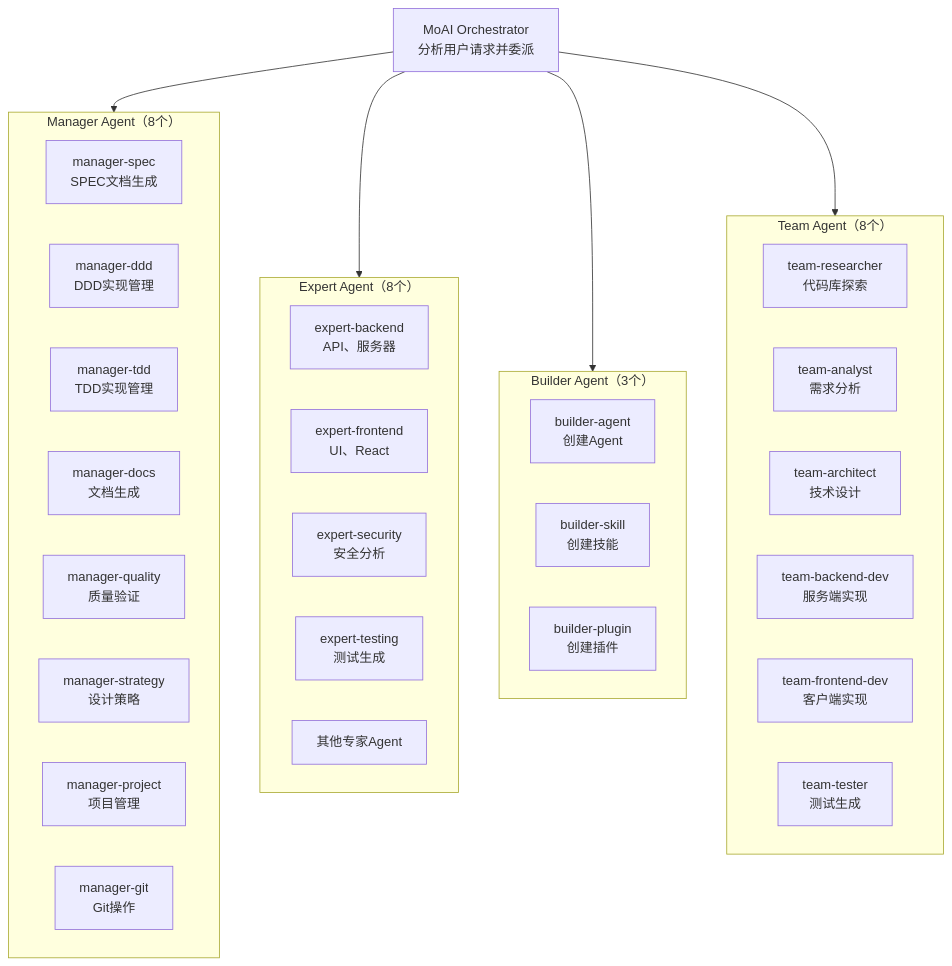
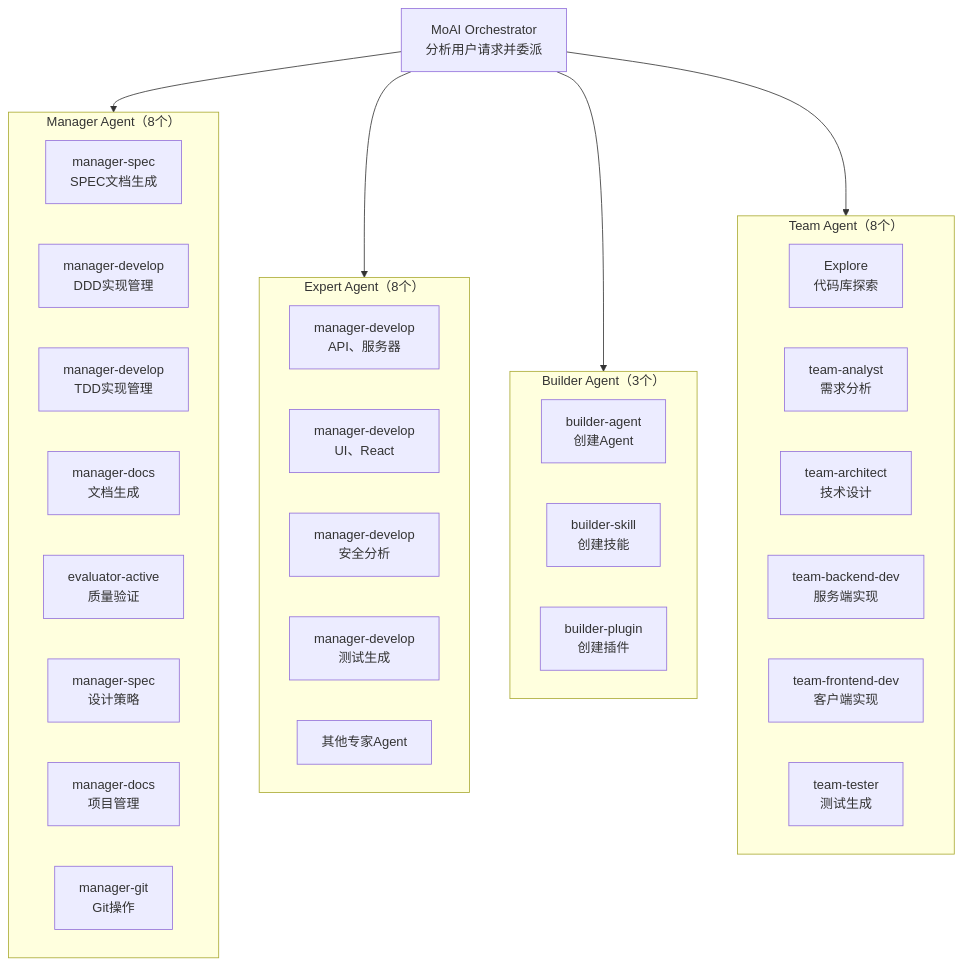
One commit to modu-ai/moai-adk changed the third of 6 diagrams in docs-site/content/zh/core-concepts/what-is-moai-adk.md. Above: the diagram before and after it, drawn with Mermaid. The commit also changed other lines of this file and 153 other files, not shown here.

````diff
--- a/docs-site/content/zh/core-concepts/what-is-moai-adk.md
+++ b/docs-site/content/zh/core-concepts/what-is-moai-adk.md
@@ -237,43 +237,43 @@
 ```mermaid
 flowchart TD
     MoAI["MoAI Orchestrator\n分析用户请求并委派"]
 
     subgraph Managers["Manager Agent（8个）"]
         M1["manager-spec\nSPEC文档生成"]
-        M2["manager-ddd\nDDD实现管理"]
-        M3["manager-tdd\nTDD实现管理"]
+        M2["manager-develop\nDDD实现管理"]
+        M3["manager-develop\nTDD实现管理"]
         M4["manager-docs\n文档生成"]
-        M5["manager-quality\n质量验证"]
-        M6["manager-strategy\n设计策略"]
-        M7["manager-project\n项目管理"]
+        M5["evaluator-active\n质量验证"]
+        M6["manager-spec\n设计策略"]
+        M7["manager-docs\n项目管理"]
         M8["manager-git\nGit操作"]
     end
 
     subgraph Experts["Expert Agent（8个）"]
-        E1["expert-backend\nAPI、服务器"]
-        E2["expert-frontend\nUI、React"]
-        E3["expert-security\n安全分析"]
-        E4["expert-testing\n测试生成"]
+        E1["manager-develop\nAPI、服务器"]
+        E2["manager-develop\nUI、React"]
+        E3["manager-develop\n安全分析"]
+        E4["manager-develop\n测试生成"]
         E6["其他专家Agent"]
     end
 
     subgraph Builders["Builder Agent（3个）"]
         B1["builder-agent\n创建Agent"]
         B2["builder-skill\n创建技能"]
         B3["builder-plugin\n创建插件"]
     end
 
     subgraph Teams["Team Agent（8个）"]
-        T1["team-researcher\n代码库探索"]
+        T1["Explore\n代码库探索"]
         T2["team-analyst\n需求分析"]
         T3["team-architect\n技术设计"]
         T4["team-backend-dev\n服务端实现"]
         T5["team-frontend-dev\n客户端实现"]
         T6["team-tester\n测试生成"]
     end
 
     MoAI --> Managers
     MoAI --> Experts
     MoAI --> Builders
     MoAI --> Teams
 ```
````
